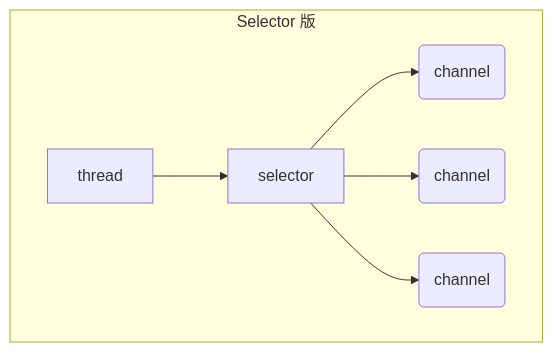
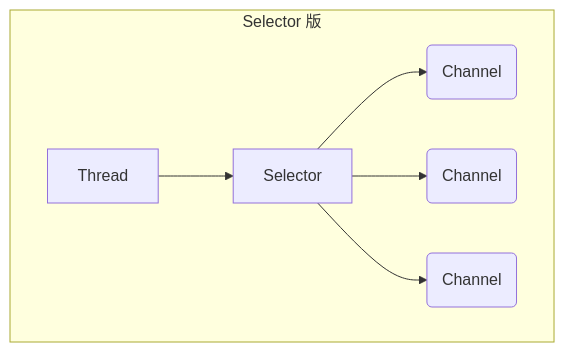
One commit to ACatSmiling/zero-to-zero changed the third of 5 diagrams in Foundation/netty.md. Above: the diagram before and after it, drawn with Mermaid. The commit also changed other lines of this file, not shown here.

````diff
--- a/Foundation/netty.md
+++ b/Foundation/netty.md
@@ -94,9 +92,9 @@
    ```mermaid
    graph TD
    subgraph Selector 版
-   thread --> selector
-   selector --> c1(channel)
-   selector --> c2(channel)
-   selector --> c3(channel)
+   Thread --> Selector
+   Selector --> c1(Channel)
+   Selector --> c2(Channel)
+   Selector --> c3(Channel)
    end
    ```
````
